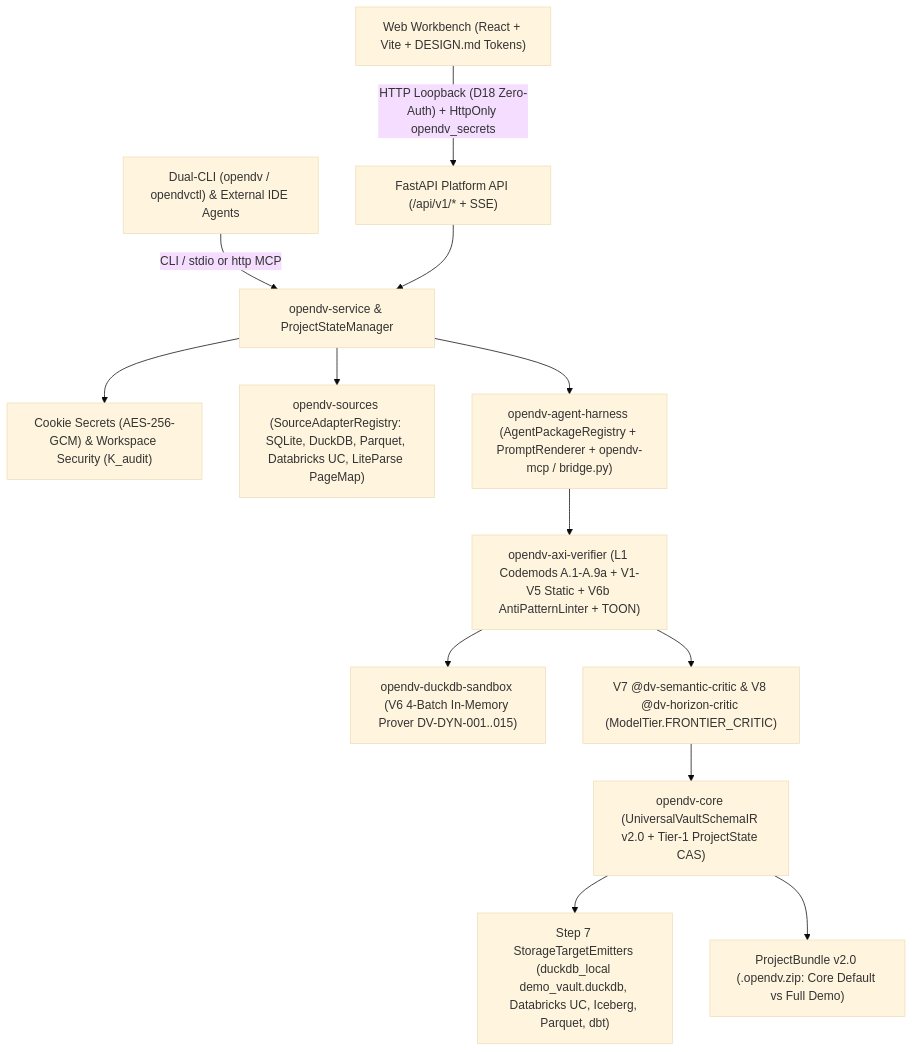
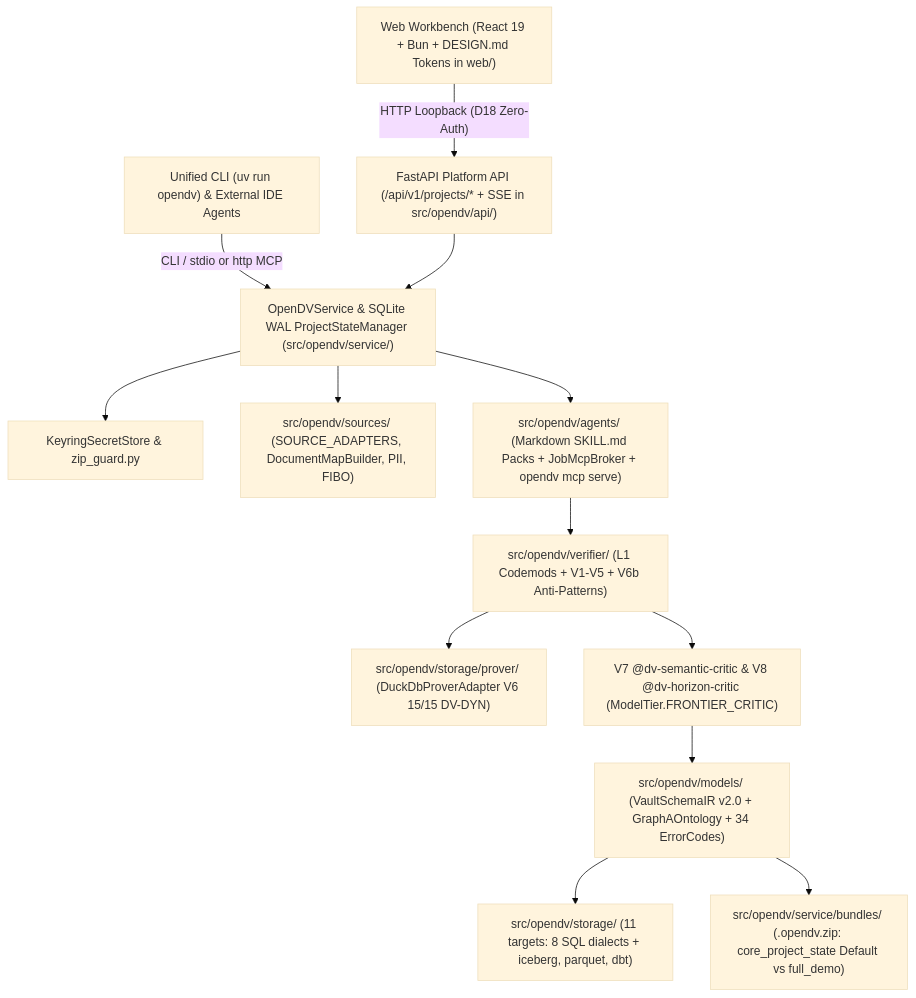
One commit to nogoo9/open-dv changed the diagram in docs/31-v2-e2e-requirements-gaps-and-uat-spec.md. Above: the diagram before and after it, drawn with Mermaid (base theme). The commit also changed other lines of this file and 1289 other files, not shown here.

````diff
--- a/docs/31-v2-e2e-requirements-gaps-and-uat-spec.md
+++ b/docs/31-v2-e2e-requirements-gaps-and-uat-spec.md
@@ -56,15 +59,15 @@
 ```mermaid
 flowchart TD
-    UI["Web Workbench (React + Vite + DESIGN.md Tokens)"] -- "HTTP Loopback (D18 Zero-Auth) + HttpOnly opendv_secrets" --> API["FastAPI Platform API (/api/v1/* + SSE)"]
-    CLI["Dual-CLI (opendv / opendvctl) & External IDE Agents"] -- "CLI / stdio or http MCP" --> SVC["opendv-service & ProjectStateManager"]
+    UI["Web Workbench (React 19 + Bun + DESIGN.md Tokens in web/)"] -- "HTTP Loopback (D18 Zero-Auth)" --> API["FastAPI Platform API (/api/v1/projects/* + SSE in src/opendv/api/)"]
+    CLI["Unified CLI (uv run opendv) & External IDE Agents"] -- "CLI / stdio or http MCP" --> SVC["OpenDVService & SQLite WAL ProjectStateManager (src/opendv/service/)"]
     API --> SVC
-    SVC --> SEC["Cookie Secrets (AES-256-GCM) & Workspace Security (K_audit)"]
-    SVC --> SRC["opendv-sources (SourceAdapterRegistry: SQLite, DuckDB, Parquet, Databricks UC, LiteParse PageMap)"]
-    SVC --> HAR["opendv-agent-harness (AgentPackageRegistry + PromptRenderer + opendv-mcp / bridge.py)"]
-    HAR --> VER["opendv-axi-verifier (L1 Codemods A.1-A.9a + V1-V5 Static + V6b AntiPatternLinter + TOON)"]
-    VER --> DDB["opendv-duckdb-sandbox (V6 4-Batch In-Memory Prover DV-DYN-001..015)"]
+    SVC --> SEC["KeyringSecretStore & zip_guard.py"]
+    SVC --> SRC["src/opendv/sources/ (SOURCE_ADAPTERS, DocumentMapBuilder, PII, FIBO)"]
+    SVC --> HAR["src/opendv/agents/ (Markdown SKILL.md Packs + JobMcpBroker + opendv mcp serve)"]
+    HAR --> VER["src/opendv/verifier/ (L1 Codemods + V1-V5 + V6b Anti-Patterns)"]
+    VER --> DDB["src/opendv/storage/prover/ (DuckDbProverAdapter V6 15/15 DV-DYN)"]
     VER --> CRIT["V7 @dv-semantic-critic & V8 @dv-horizon-critic (ModelTier.FRONTIER_CRITIC)"]
-    CRIT --> CORE["opendv-core (UniversalVaultSchemaIR v2.0 + Tier-1 ProjectState CAS)"]
-    CORE --> EMIT["Step 7 StorageTargetEmitters (duckdb_local demo_vault.duckdb, Databricks UC, Iceberg, Parquet, dbt)"]
-    CORE --> BND["ProjectBundle v2.0 (.opendv.zip: Core Default vs Full Demo)"]
+    CRIT --> CORE["src/opendv/models/ (VaultSchemaIR v2.0 + GraphAOntology + 34 ErrorCodes)"]
+    CORE --> EMIT["src/opendv/storage/ (11 targets: 8 SQL dialects + iceberg, parquet, dbt)"]
+    CORE --> BND["src/opendv/service/bundles/ (.opendv.zip: core_project_state Default vs full_demo)"]
 ```
````
